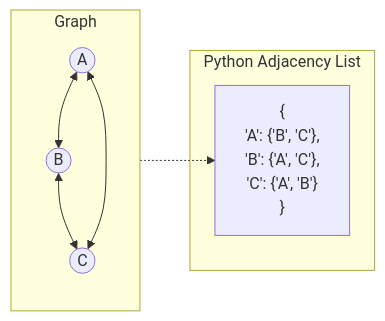
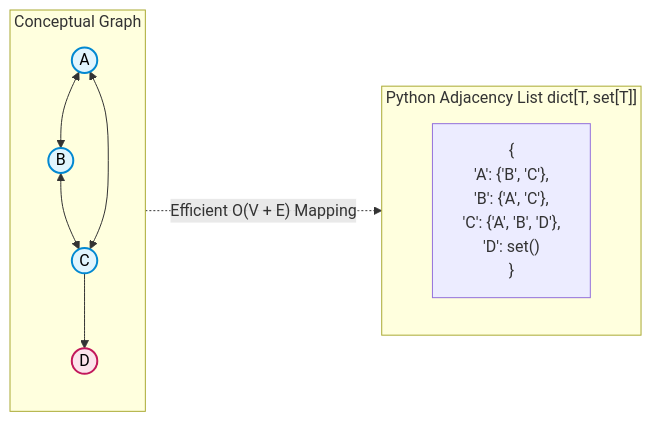
One commit to vadde/DSA changed the diagram in 00 - Fundamentals/012 - Graph/graph_walkthrough.md. Above: the diagram before and after it, drawn with Mermaid. The commit also changed other lines of this file and 1 other file, not shown here.

Commit message:
docs(fundamentals): upgrade Trie and Graph to 5-level curriculum

````diff
--- a/00 - Fundamentals/012 - Graph/graph_walkthrough.md
+++ b/00 - Fundamentals/012 - Graph/graph_walkthrough.md
@@ -40,18 +51,25 @@
 ```mermaid
 flowchart LR
-    subgraph Graph
-    A((A)) <--> B((B))
-    B <--> C((C))
-    C <--> A
-    end
-    
-    subgraph PythonAdjacencyList [Python Adjacency List]
-    D["{
-      'A': {'B', 'C'},
-      'B': {'A', 'C'},
-      'C': {'A', 'B'}
-    }"]
+    subgraph ConceptualGraph ["Conceptual Graph"]
+        A(("A")) <--> B(("B"))
+        B <--> C(("C"))
+        C <--> A
+        C --> D(("D"))
     end
 
-Graph -.-> D
+    subgraph MemoryRepresentation ["Python Adjacency List dict[T, set[T]]"]
+        M["{
+          'A': {'B', 'C'},
+          'B': {'A', 'C'},
+          'C': {'A', 'B', 'D'},
+          'D': set()
+        }"]
+    end
+
+    ConceptualGraph -.->|"Efficient O(V + E) Mapping"| MemoryRepresentation
+
+    style A fill:#e1f5fe,stroke:#0288d1,stroke-width:2px,color:#000
+    style B fill:#e1f5fe,stroke:#0288d1,stroke-width:2px,color:#000
+    style C fill:#e1f5fe,stroke:#0288d1,stroke-width:2px,color:#000
+    style D fill:#fce4ec,stroke:#c2185b,stroke-width:2px,color:#000
 ```
````
